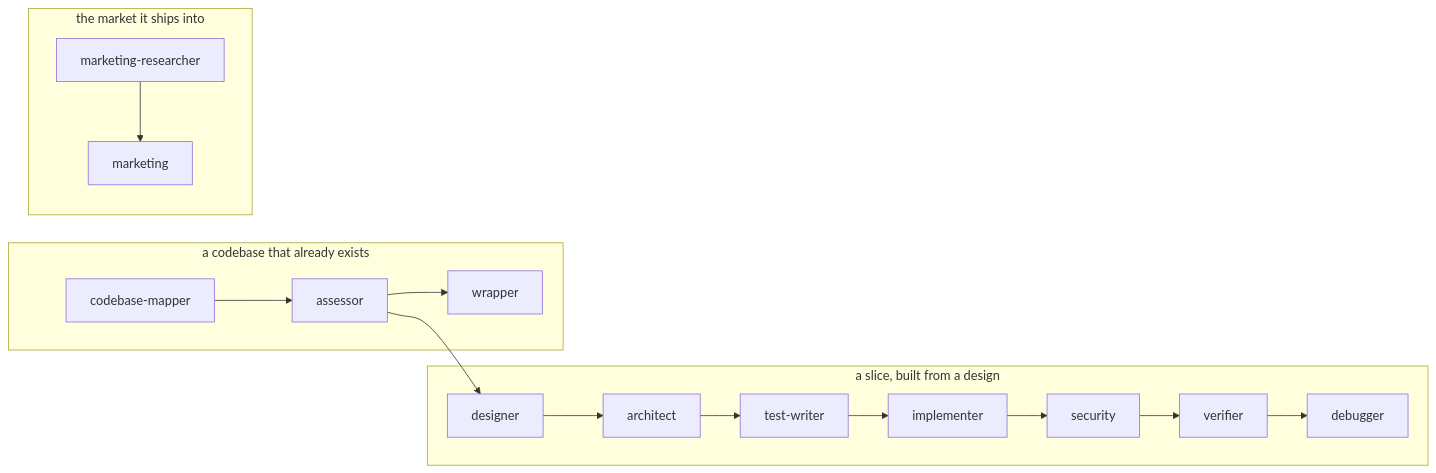
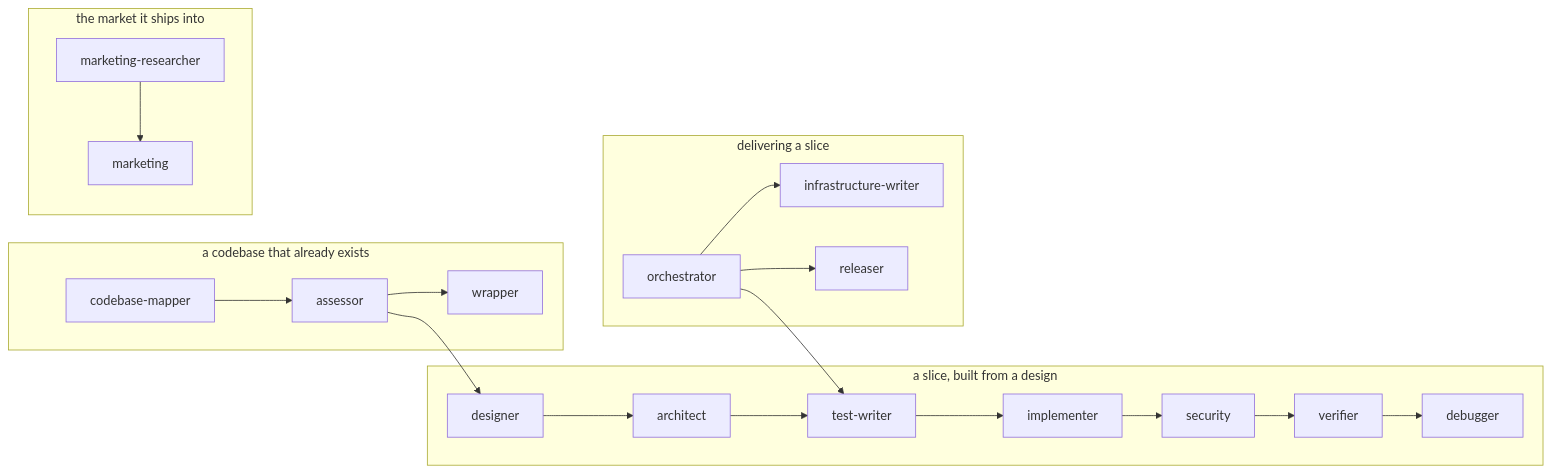
Before and after one commit to atlantic-blue/quay-crew: the third of 3 diagrams in docs/ROLES.md, drawn with Mermaid. The commit also changed other lines of this file and 20 other files, not shown here.

Commit message:
feat: the acceptance roles and their flow graphs ship in the repository

````diff
--- a/docs/ROLES.md
+++ b/docs/ROLES.md
@@ -237,13 +238,18 @@
 ```mermaid
 flowchart LR
     subgraph FRESH["a slice, built from a design"]
         DESIGNER["designer"] --> ARCHITECT["architect"] --> TESTWRITER["test-writer"] --> IMPLEMENTER["implementer"] --> SECURITY["security"] --> VERIFIER["verifier"] --> DEBUGGER["debugger"]
     end
     subgraph EXISTING["a codebase that already exists"]
         MAPPER["codebase-mapper"] --> ASSESSOR["assessor"] --> WRAPPER["wrapper"]
     end
     subgraph MARKET["the market it ships into"]
         RESEARCHER["marketing-researcher"] --> MARKETING["marketing"]
     end
+    subgraph DELIVER["delivering a slice"]
+        ORCHESTRATOR["orchestrator"] --> INFRA["infrastructure-writer"]
+        ORCHESTRATOR --> RELEASER["releaser"]
+    end
     ASSESSOR --> DESIGNER
+    ORCHESTRATOR --> TESTWRITER
 ```
````
